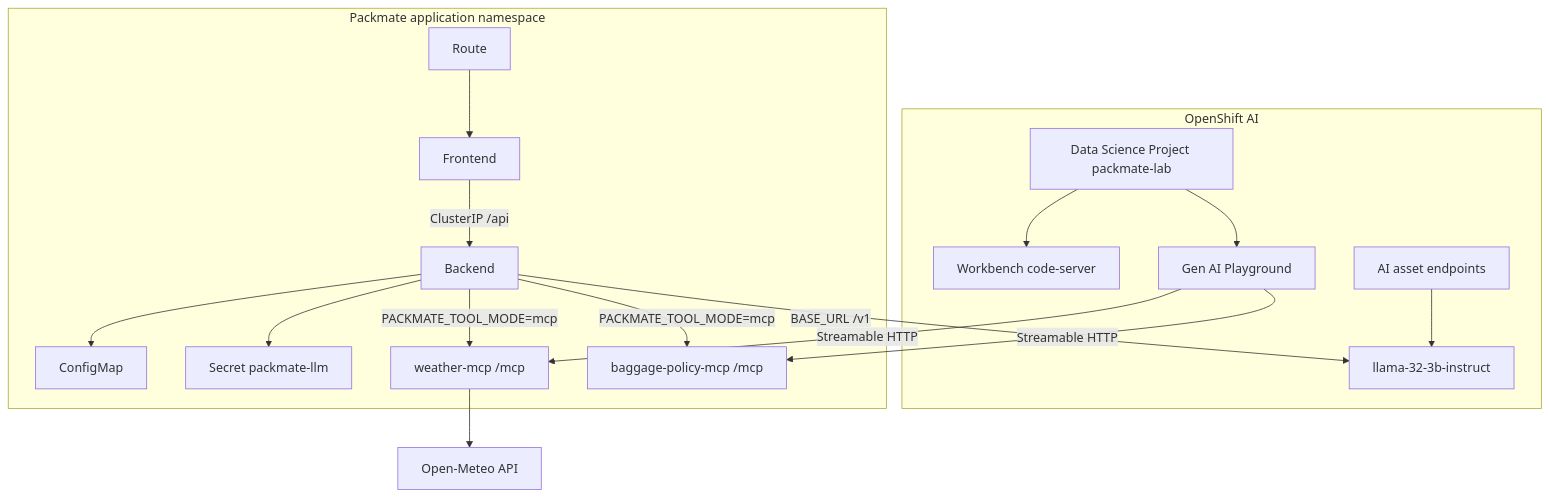
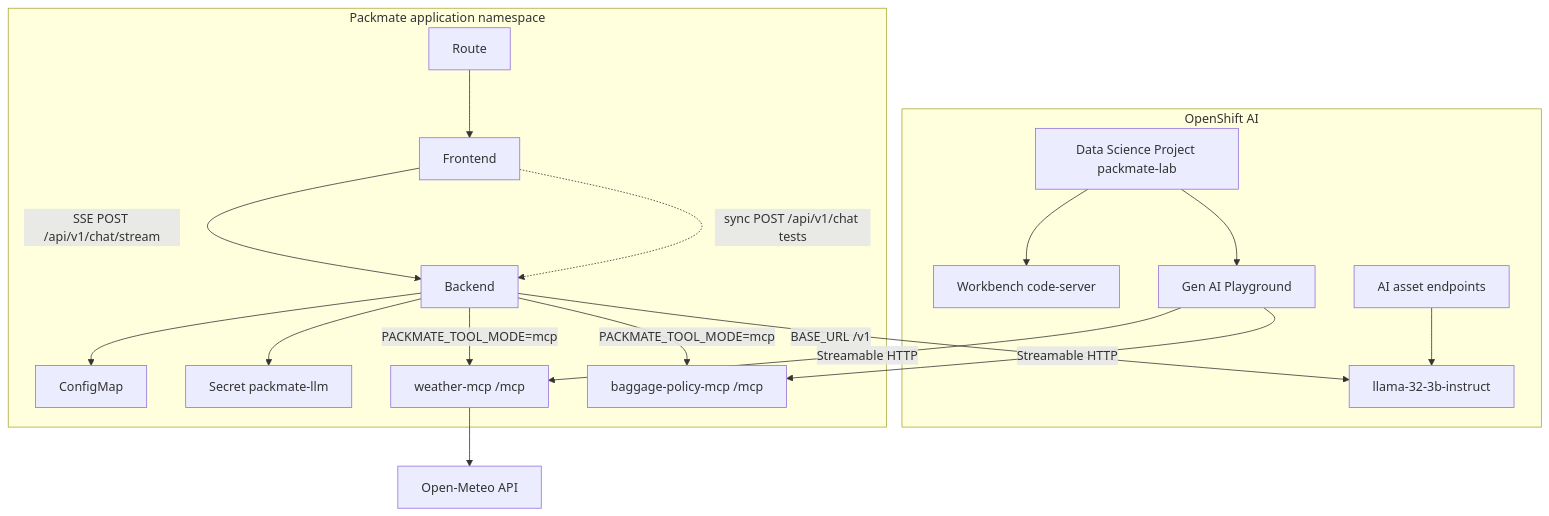
The first of 2 diagrams in docs/ARCHITECTURE.md (Lindagh1/packmate-agent), drawn with Mermaid before and after one commit. The commit also changed other lines of this file and 8 other files, not shown here.

````diff
--- a/docs/ARCHITECTURE.md
+++ b/docs/ARCHITECTURE.md
@@ -5,26 +5,27 @@
 ```mermaid
 flowchart TB
   subgraph oai [OpenShift AI]
     DSP[Data Science Project packmate-lab]
     WB[Workbench code-server]
     Playground[Gen AI Playground]
     Assets[AI asset endpoints]
     DSP --> WB
     DSP --> Playground
     Assets --> Model[llama-32-3b-instruct]
   end
   subgraph app [Packmate application namespace]
     Route --> Frontend
-    Frontend -->|ClusterIP /api| Backend
+    Frontend -->|SSE POST /api/v1/chat/stream| Backend
+    Frontend -.->|sync POST /api/v1/chat tests| Backend
     Backend --> ConfigMap
     Backend --> SecretLLM[Secret packmate-llm]
     WeatherMCP[weather-mcp /mcp]
     BaggageMCP[baggage-policy-mcp /mcp]
     Backend -->|PACKMATE_TOOL_MODE=mcp| WeatherMCP
     Backend -->|PACKMATE_TOOL_MODE=mcp| BaggageMCP
     Playground -->|Streamable HTTP| WeatherMCP
     Playground -->|Streamable HTTP| BaggageMCP
   end
   Backend -->|BASE_URL /v1| Model
   WeatherMCP --> OpenMeteo[Open-Meteo API]
 ```
````
